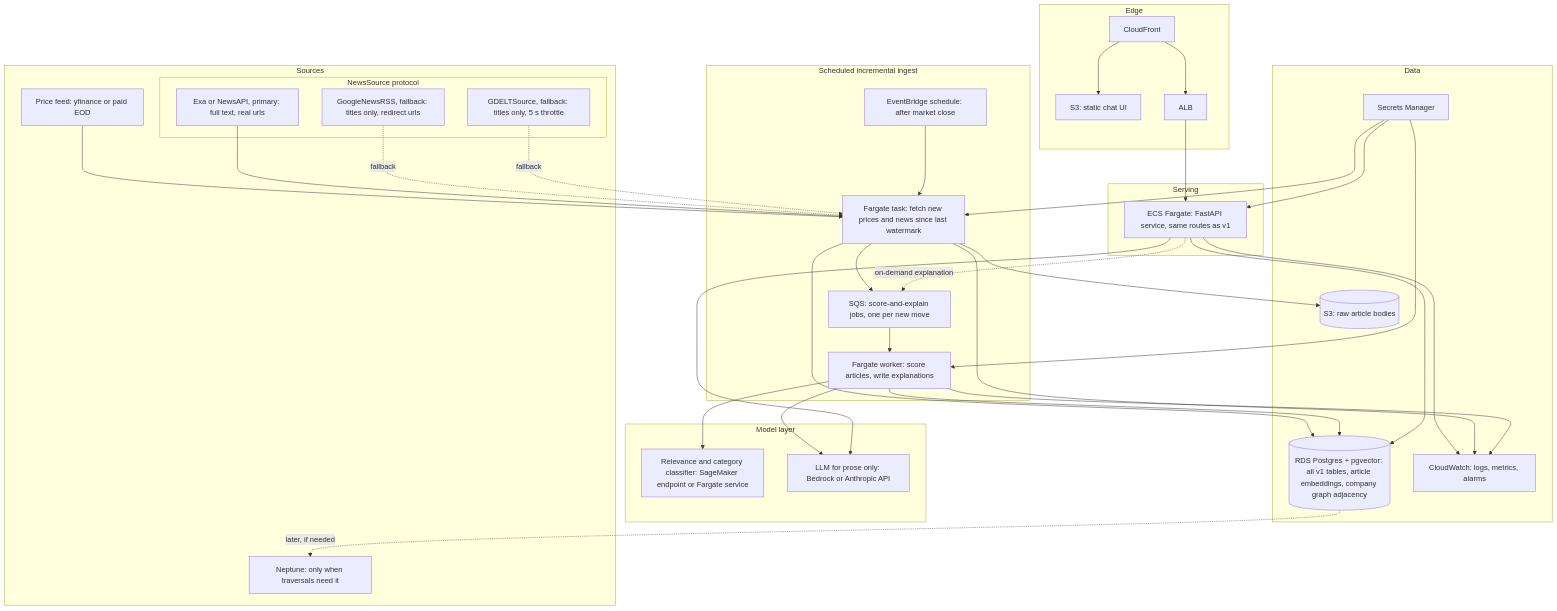
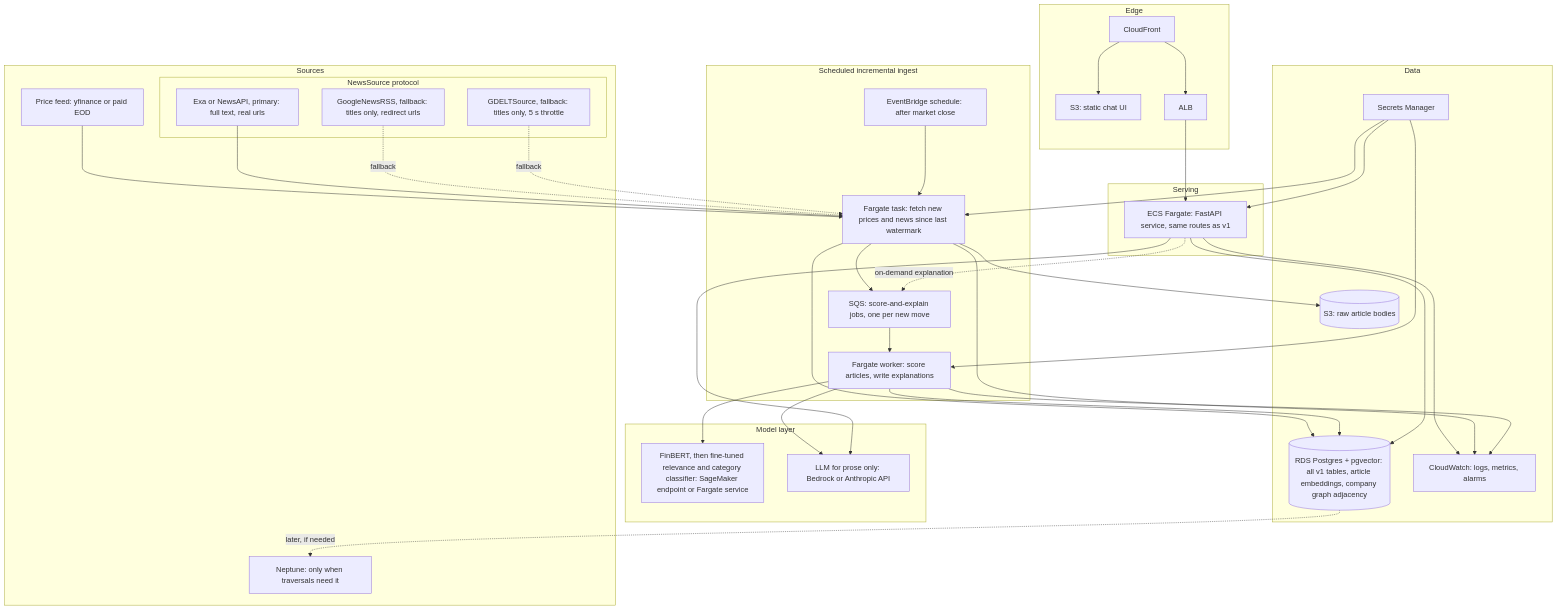
One commit to nathesh/TNP_stock_move_explainer changed the first of 2 diagrams in docs/architecture-v2.md. Above: the diagram before and after it, drawn with Mermaid. The commit also changed other lines of this file, not shown here.

Commit message:
v2: FinBERT as the first local scorer, then fine-tuned on v1 labels

````diff
--- a/docs/architecture-v2.md
+++ b/docs/architecture-v2.md
@@ -9,65 +9,65 @@
 ```mermaid
 flowchart TB
   subgraph edge["Edge"]
     CF["CloudFront"]
     S3UI["S3: static chat UI"]
     ALB["ALB"]
     CF --> S3UI
     CF --> ALB
   end
 
   subgraph svc["Serving"]
     API["ECS Fargate: FastAPI service, same routes as v1"]
     ALB --> API
   end
 
   subgraph ingest["Scheduled incremental ingest"]
     EB["EventBridge schedule: after market close"]
     FETCH["Fargate task: fetch new prices and news since last watermark"]
     Q["SQS: score-and-explain jobs, one per new move"]
     SCORE["Fargate worker: score articles, write explanations"]
     EB --> FETCH --> Q --> SCORE
   end
 
   subgraph model["Model layer"]
-    CLF["Relevance and category classifier: SageMaker endpoint or Fargate service"]
+    CLF["FinBERT, then fine-tuned relevance and category classifier: SageMaker endpoint or Fargate service"]
     LLM["LLM for prose only: Bedrock or Anthropic API"]
   end
 
   subgraph data["Data"]
     PG[("RDS Postgres + pgvector: all v1 tables, article embeddings, company graph adjacency")]
     S3RAW[("S3: raw article bodies")]
     SM["Secrets Manager"]
     CW["CloudWatch: logs, metrics, alarms"]
   end
 
   subgraph sources["Sources"]
     PX["Price feed: yfinance or paid EOD"]
     subgraph ns["NewsSource protocol"]
       NEWS["Exa or NewsAPI, primary: full text, real urls"]
       GN["GoogleNewsRSS, fallback: titles only, redirect urls"]
       GD["GDELTSource, fallback: titles only, 5 s throttle"]
     end
     KG["Neptune: only when traversals need it"]
   end
 
   PX --> FETCH
   NEWS --> FETCH
   GN -.->|"fallback"| FETCH
   GD -.->|"fallback"| FETCH
   FETCH --> S3RAW
   FETCH --> PG
   SCORE --> CLF
   SCORE --> LLM
   SCORE --> PG
   API --> PG
   API --> LLM
   API -.->|"on-demand explanation"| Q
   PG -.->|"later, if needed"| KG
   SM --> API
   SM --> FETCH
   SM --> SCORE
   API --> CW
   FETCH --> CW
   SCORE --> CW
 ```
````
